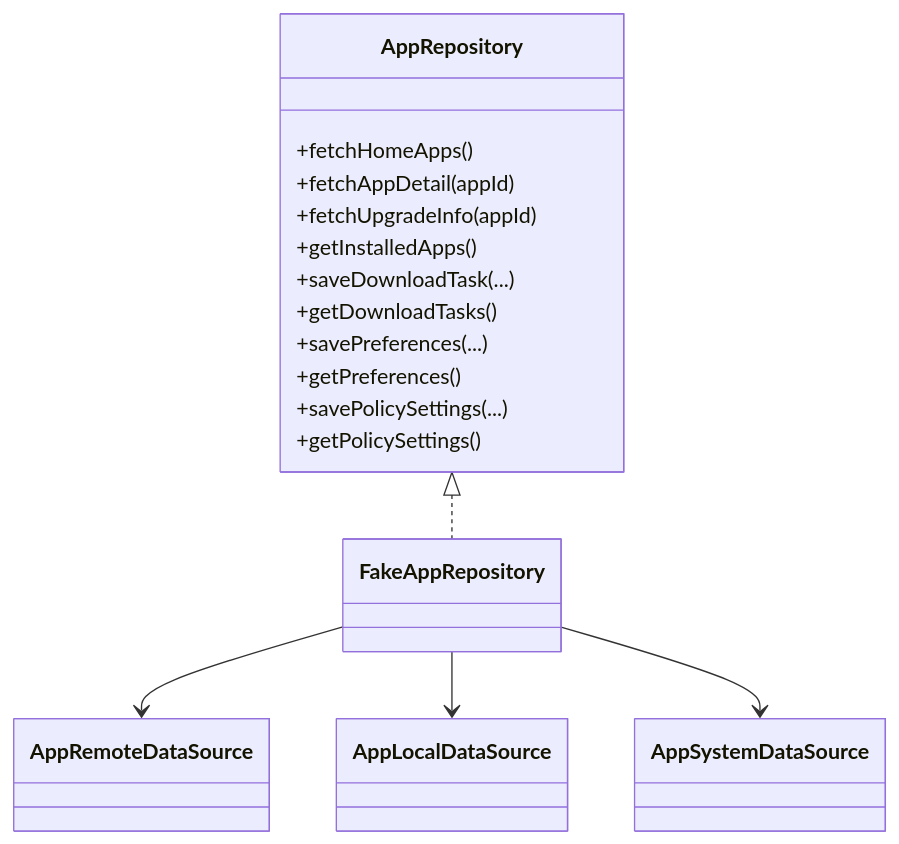
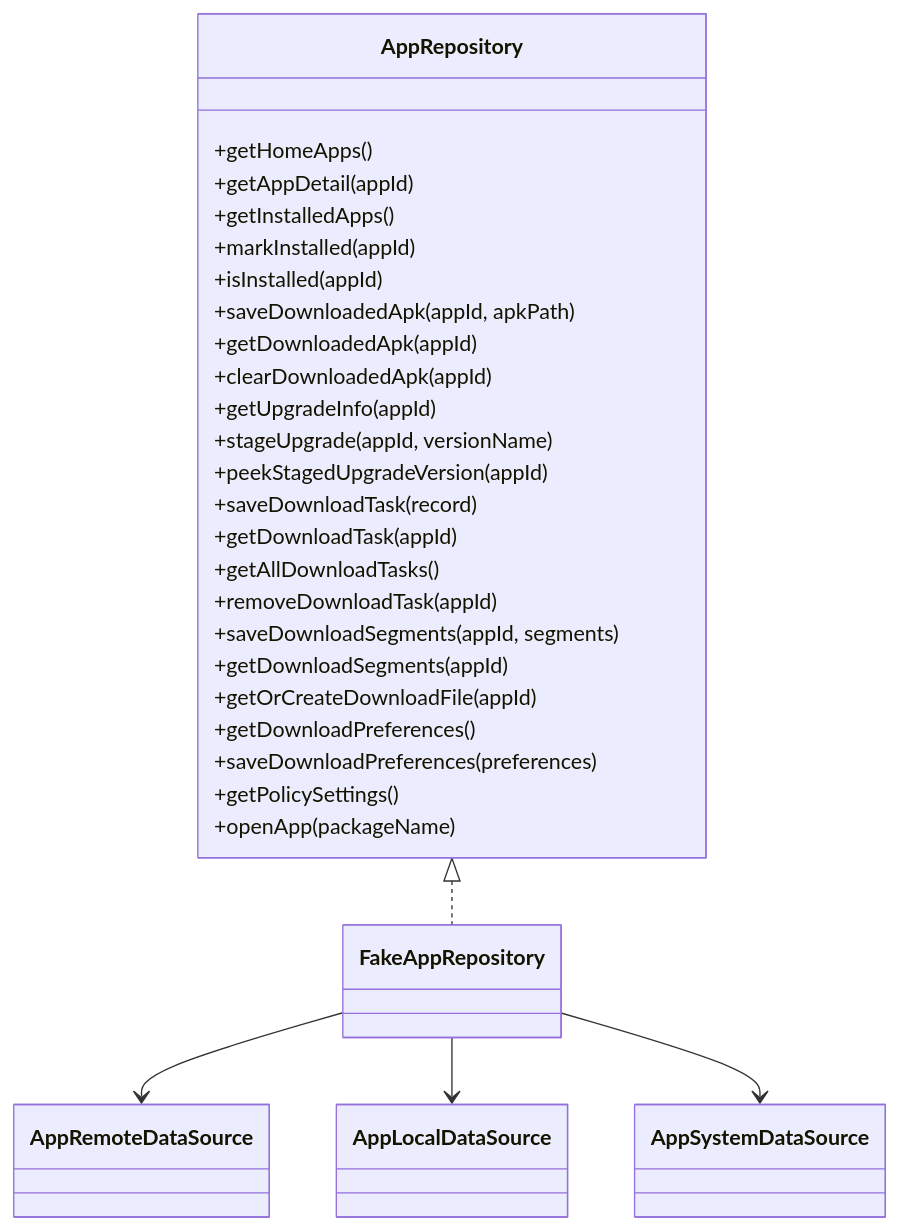
Before and after one commit to XZQ/CarAppStore: the second of 4 diagrams in docs/15-Repository架构与流程.md, drawn with Mermaid. The commit also changed other lines of this file and 35 other files, not shown here.

Commit message:
docs: reorganize architecture docs and handoff guide

````diff
--- a/docs/15-Repository架构与流程.md
+++ b/docs/15-Repository架构与流程.md
@@ -47,26 +60,38 @@
 ```mermaid
 classDiagram
 
 class AppRepository {
-  +fetchHomeApps()
-  +fetchAppDetail(appId)
-  +fetchUpgradeInfo(appId)
+  +getHomeApps()
+  +getAppDetail(appId)
   +getInstalledApps()
-  +saveDownloadTask(...)
-  +getDownloadTasks()
-  +savePreferences(...)
-  +getPreferences()
-  +savePolicySettings(...)
+  +markInstalled(appId)
+  +isInstalled(appId)
+  +saveDownloadedApk(appId, apkPath)
+  +getDownloadedApk(appId)
+  +clearDownloadedApk(appId)
+  +getUpgradeInfo(appId)
+  +stageUpgrade(appId, versionName)
+  +peekStagedUpgradeVersion(appId)
+  +saveDownloadTask(record)
+  +getDownloadTask(appId)
+  +getAllDownloadTasks()
+  +removeDownloadTask(appId)
+  +saveDownloadSegments(appId, segments)
+  +getDownloadSegments(appId)
+  +getOrCreateDownloadFile(appId)
+  +getDownloadPreferences()
+  +saveDownloadPreferences(preferences)
   +getPolicySettings()
+  +openApp(packageName)
 }
 
 class FakeAppRepository
 class AppRemoteDataSource
 class AppLocalDataSource
 class AppSystemDataSource
 
 AppRepository <|.. FakeAppRepository
 FakeAppRepository --> AppRemoteDataSource
 FakeAppRepository --> AppLocalDataSource
 FakeAppRepository --> AppSystemDataSource
 ```
````
